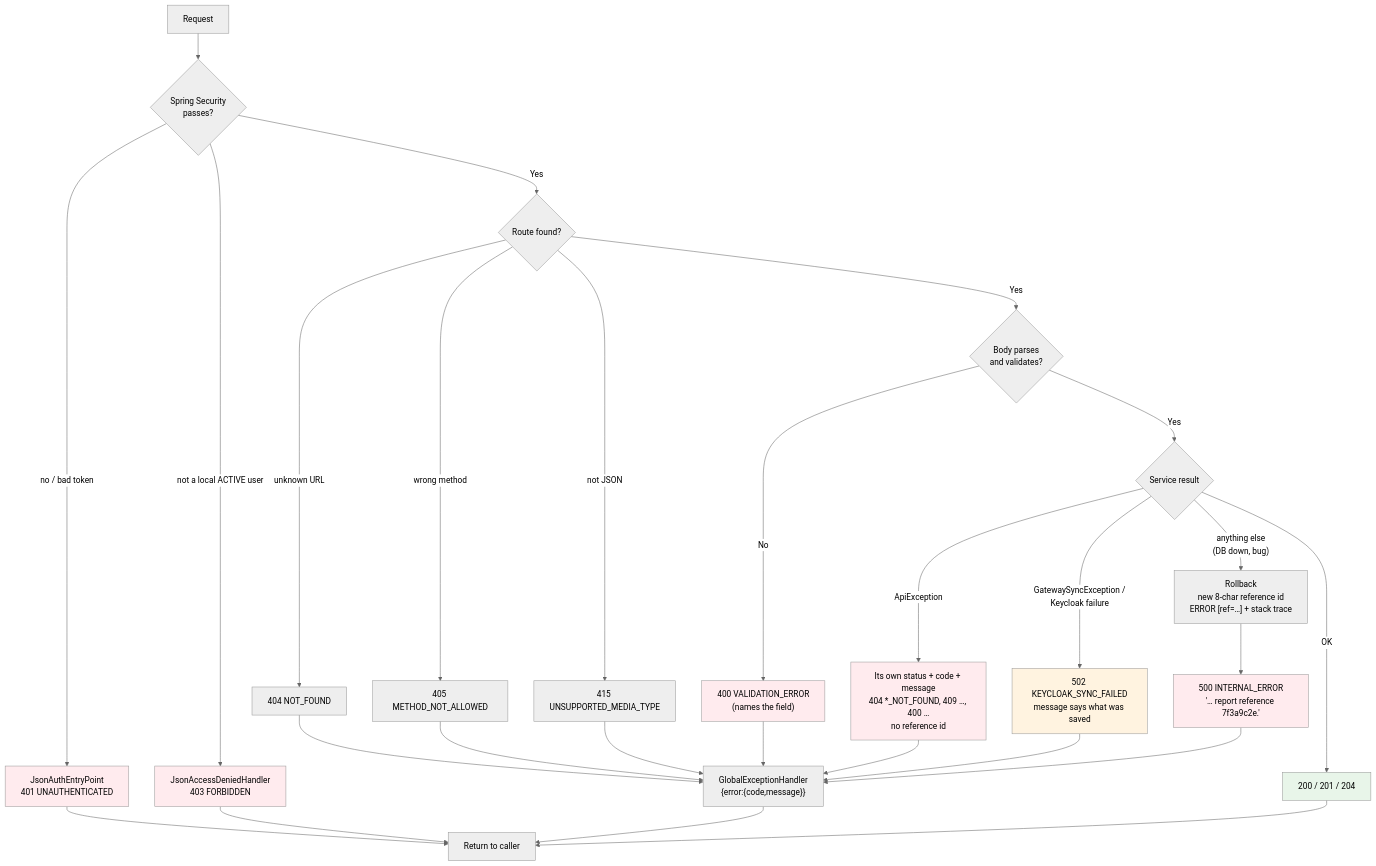
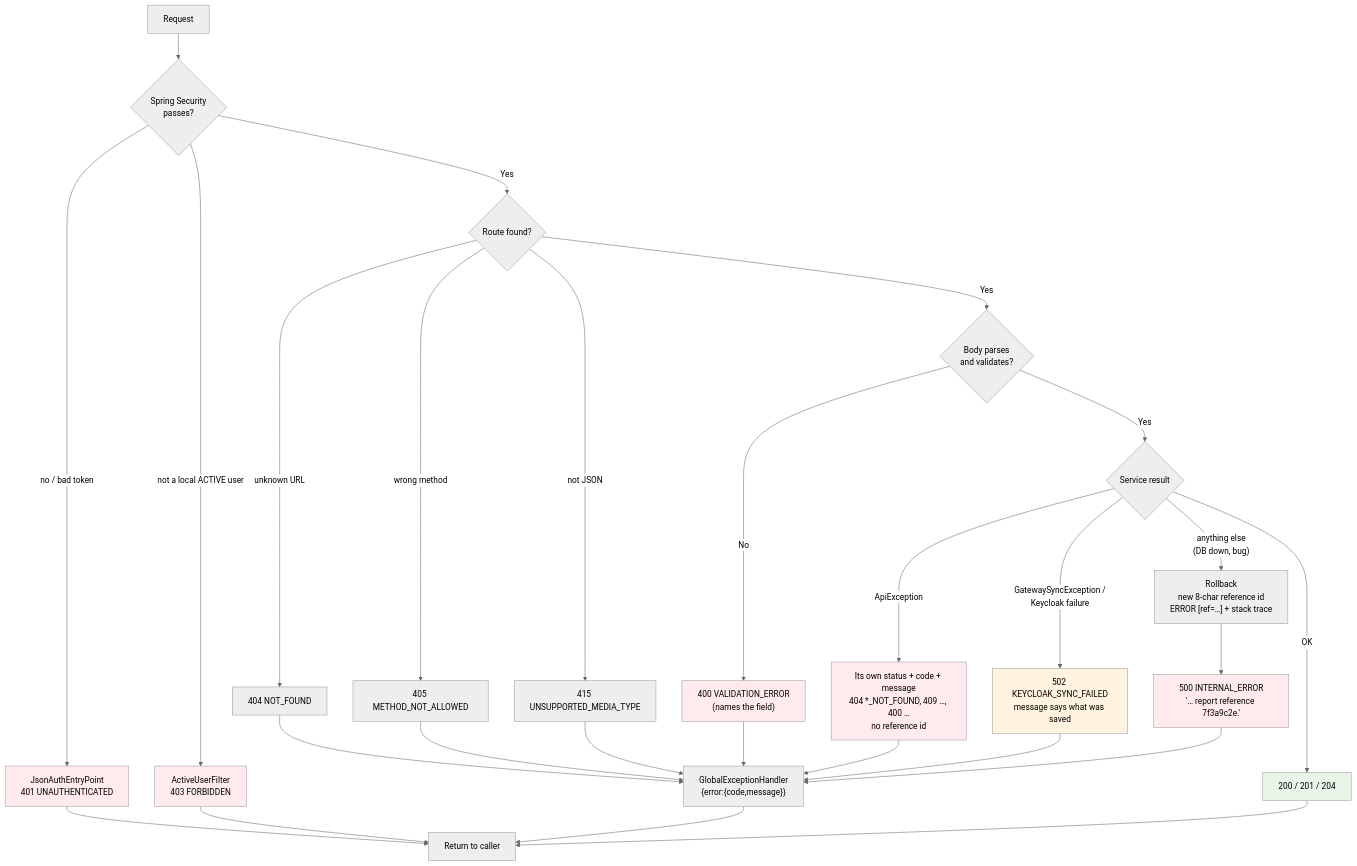
One commit to mehul-kunwar-tarento/cce-admin-service changed the fifth of 13 diagrams in docs/flow-diagrams.md. Above: the diagram before and after it, drawn with Mermaid (neutral theme). The commit also changed other lines of this file and 4 other files, not shown here.

````diff
--- a/docs/flow-diagrams.md
+++ b/docs/flow-diagrams.md
@@ -183,41 +183,41 @@
 ```mermaid
 flowchart TD
     A[Request] --> S{"Spring Security<br/>passes?"}
     S -->|"no / bad token"| H401["JsonAuthEntryPoint<br/>401 UNAUTHENTICATED"]
-    S -->|"not a local ACTIVE user"| H403["JsonAccessDeniedHandler<br/>403 FORBIDDEN"]
+    S -->|"not a local ACTIVE user"| H403["ActiveUserFilter<br/>403 FORBIDDEN"]
     S -->|Yes| R{"Route found?"}
 
     R -->|"unknown URL"| N404["404 NOT_FOUND"]
     R -->|"wrong method"| N405["405 METHOD_NOT_ALLOWED"]
     R -->|"not JSON"| N415["415 UNSUPPORTED_MEDIA_TYPE"]
     R -->|Yes| B{"Body parses<br/>and validates?"}
 
     B -->|No| V400["400 VALIDATION_ERROR<br/>(names the field)"]
     B -->|Yes| SV{"Service result"}
 
     SV -->|OK| OK["200 / 201 / 204"]
     SV -->|"ApiException"| AE["Its own status + code + message<br/>404 *_NOT_FOUND, 409 …, 400 …<br/>no reference id"]
     SV -->|"GatewaySyncException /<br/>Keycloak failure"| K502["502 KEYCLOAK_SYNC_FAILED<br/>message says what was saved"]
     SV -->|"anything else<br/>(DB down, bug)"| I500["Rollback<br/>new 8-char reference id<br/>ERROR [ref=…] + stack trace"]
     I500 --> E500["500 INTERNAL_ERROR<br/>'… report reference 7f3a9c2e.'"]
 
     N404 --> GEH["GlobalExceptionHandler<br/>{error:{code,message}}"]
     N405 --> GEH
     N415 --> GEH
     V400 --> GEH
     AE --> GEH
     K502 --> GEH
     E500 --> GEH
     H401 --> OUT[Return to caller]
     H403 --> OUT
     GEH --> OUT
     OK --> OUT
 
     style OK fill:#e8f5e9
     style K502 fill:#fff3e0
     style H401 fill:#ffebee
     style H403 fill:#ffebee
     style V400 fill:#ffebee
     style AE fill:#ffebee
     style E500 fill:#ffebee
 ```
````
